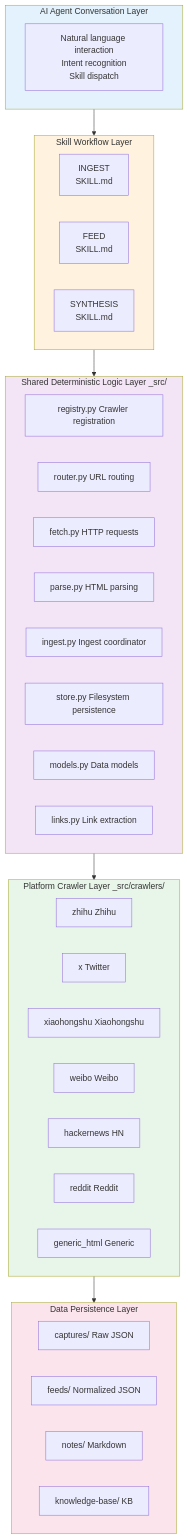
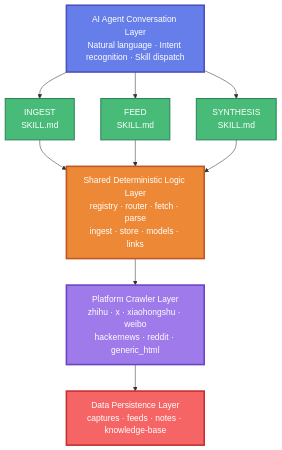
One commit to NatsuFox/Tapestry changed the fourth of 4 diagrams in README.md. Above: the diagram before and after it, drawn with Mermaid. The commit also changed other lines of this file, not shown here.

First line of the commit message:
refactor: redesign Mermaid diagrams with vibrant colors

````diff
--- a/README.md
+++ b/README.md
@@ -772,51 +748,27 @@
 ```mermaid
 flowchart TB
-    subgraph Layer1["AI Agent Conversation Layer"]
-        A[Natural language interaction<br/>Intent recognition<br/>Skill dispatch]
-    end
+    A[AI Agent Conversation Layer<br/>Natural language · Intent recognition · Skill dispatch]
 
-    subgraph Layer2["Skill Workflow Layer"]
-        B1[INGEST<br/>SKILL.md]
-        B2[FEED<br/>SKILL.md]
-        B3[SYNTHESIS<br/>SKILL.md]
-    end
+    B1[INGEST<br/>SKILL.md]
+    B2[FEED<br/>SKILL.md]
+    B3[SYNTHESIS<br/>SKILL.md]
 
-    subgraph Layer3["Shared Deterministic Logic Layer _src/"]
-        C1[registry.py Crawler registration]
-        C2[router.py URL routing]
-        C3[fetch.py HTTP requests]
-        C4[parse.py HTML parsing]
-        C5[ingest.py Ingest coordinator]
-        C6[store.py Filesystem persistence]
-        C7[models.py Data models]
-        C8[links.py Link extraction]
-    end
+    C[Shared Deterministic Logic Layer<br/>registry · router · fetch · parse<br/>ingest · store · models · links]
 
-    subgraph Layer4["Platform Crawler Layer _src/crawlers/"]
-        D1[zhihu Zhihu]
-        D2[x Twitter]
-        D3[xiaohongshu Xiaohongshu]
-        D4[weibo Weibo]
-        D5[hackernews HN]
-        D6[reddit Reddit]
-        D7[generic_html Generic]
-    end
+    D[Platform Crawler Layer<br/>zhihu · x · xiaohongshu · weibo<br/>hackernews · reddit · generic_html]
 
-    subgraph Layer5["Data Persistence Layer"]
-        E1[captures/ Raw JSON]
-        E2[feeds/ Normalized JSON]
-        E3[notes/ Markdown]
-        E4[knowledge-base/ KB]
-    end
+    E[Data Persistence Layer<br/>captures · feeds · notes · knowledge-base]
 
-    Layer1 --> Layer2
-    Layer2 --> Layer3
-    Layer3 --> Layer4
-    Layer4 --> Layer5
+    A --> B1 & B2 & B3
+    B1 & B2 & B3 --> C
+    C --> D
+    D --> E
 
-    style Layer1 fill:#e3f2fd
-    style Layer2 fill:#fff3e0
-    style Layer3 fill:#f3e5f5
-    style Layer4 fill:#e8f5e9
-    style Layer5 fill:#fce4ec
+    style A fill:#667EEA,stroke:#4C51BF,stroke-width:3px,color:#fff
+    style B1 fill:#48BB78,stroke:#2F855A,stroke-width:2px,color:#fff
+    style B2 fill:#48BB78,stroke:#2F855A,stroke-width:2px,color:#fff
+    style B3 fill:#48BB78,stroke:#2F855A,stroke-width:2px,color:#fff
+    style C fill:#ED8936,stroke:#C05621,stroke-width:3px,color:#fff
+    style D fill:#9F7AEA,stroke:#6B46C1,stroke-width:3px,color:#fff
+    style E fill:#F56565,stroke:#C53030,stroke-width:3px,color:#fff
 ```
````
